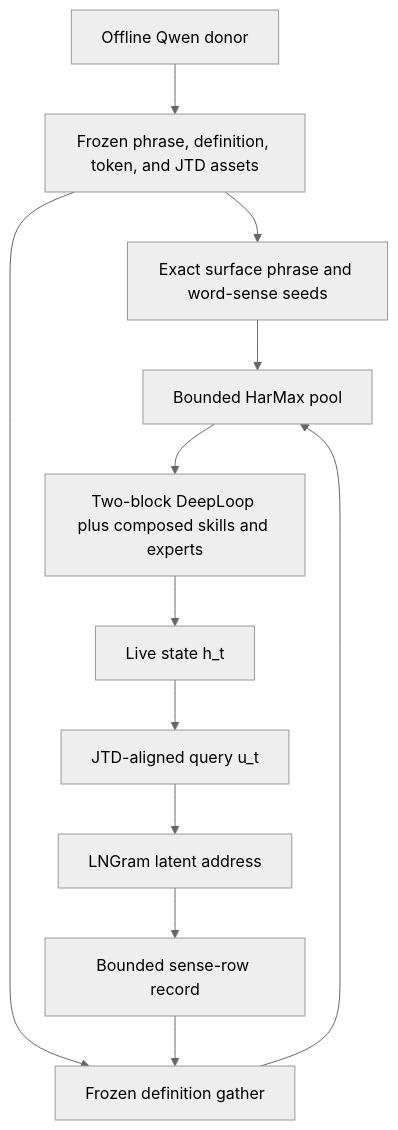
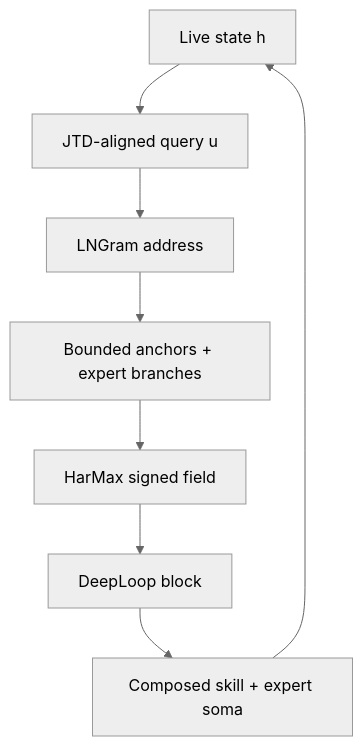
Before and after one commit to Carson1391/Dendritron-recurrent-engram: the diagram in README.md, drawn with Mermaid (neutral theme). The commit also changed other lines of this file and 2 other files, not shown here.

````diff
--- a/README.md
+++ b/README.md
@@ -41,14 +37,10 @@
 ```mermaid
 flowchart TD
-    A[Offline Qwen donor] --> B[Frozen phrase, definition, token, and JTD assets]
-    H[Live state h_t] --> J[JTD-aligned query u_t]
-    B --> S[Exact surface phrase and word-sense seeds]
-    J --> L[LNGram latent address]
-    L --> R[Bounded sense-row record]
-    B --> G[Frozen definition gather]
-    S --> P[Bounded HarMax pool]
-    R --> G
-    G --> P
-    P --> D[Two-block DeepLoop plus composed skills and experts]
-    D --> H
+    H[Live state h] --> J[JTD-aligned query u]
+    J --> L[LNGram address]
+    L --> G[Bounded anchors + expert branches]
+    G --> F[HarMax signed field]
+    F --> B[DeepLoop block]
+    B --> S[Composed skill + expert soma]
+    S --> H
 ```
````
